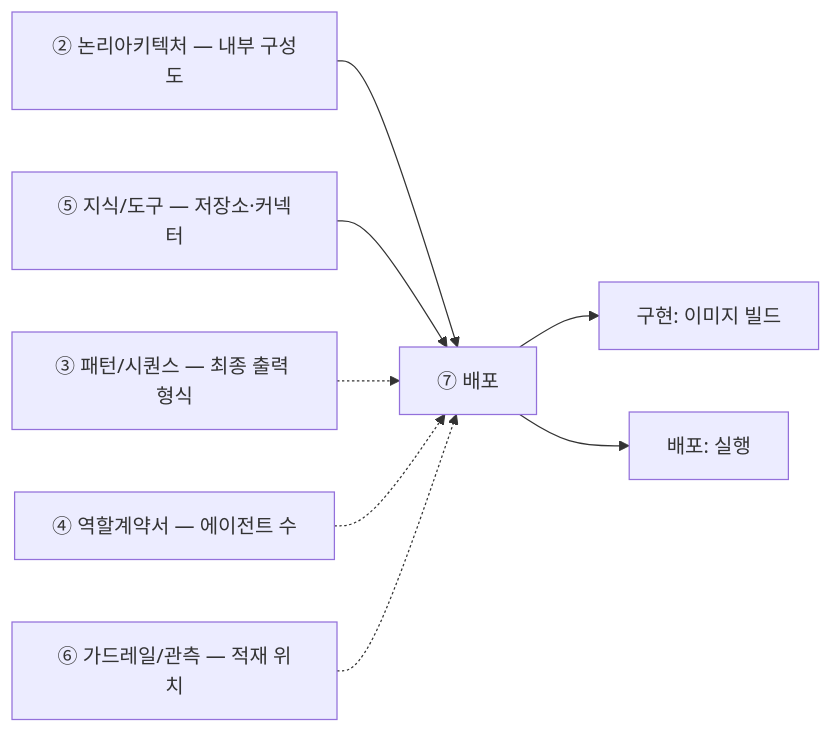
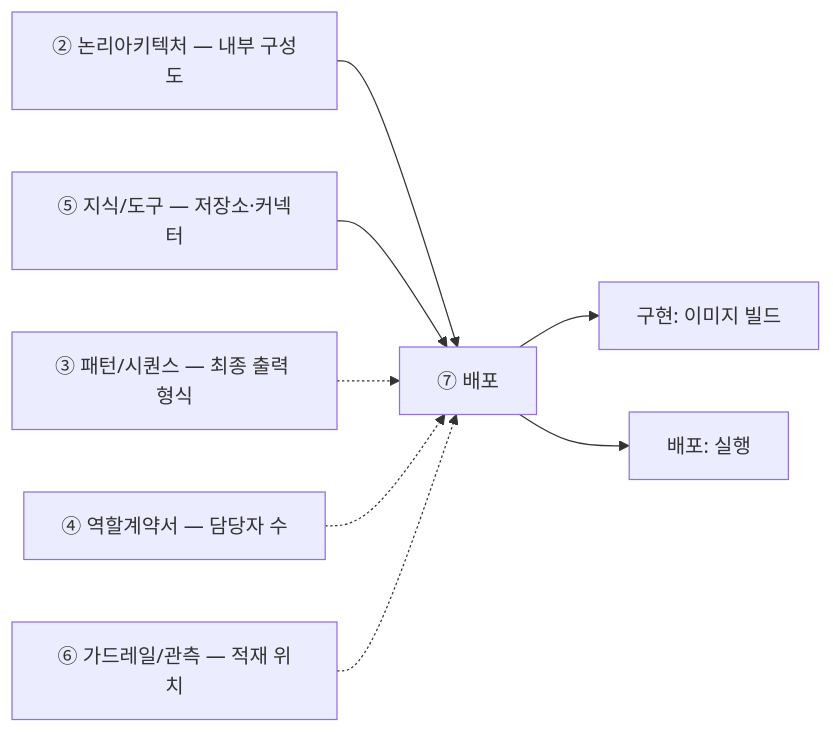
Before and after one commit to unicorn-campus/design-agentic-ai: the diagram in guides/07-배포설계-가이드.md, drawn with Mermaid. The commit also changed 11 other files, not shown here.

First line of the commit message:
가이드 용어 통일 — '에이전트' → '담당자', 판정 대상을 LLM 담당자로 한정

````diff
--- a/guides/07-배포설계-가이드.md
+++ b/guides/07-배포설계-가이드.md
@@ -20,10 +20,10 @@
 ```mermaid
 flowchart LR
   B["② 논리아키텍처 — 내부 구성도"] --> G["⑦ 배포"]
   E["⑤ 지식/도구 — 저장소·커넥터"] --> G
   D["③ 패턴/시퀀스 — 최종 출력 형식"] -.-> G
-  C["④ 역할계약서 — 에이전트 수"] -.-> G
+  C["④ 역할계약서 — 담당자 수"] -.-> G
   F["⑥ 가드레일/관측 — 적재 위치"] -.-> G
   G --> H["구현: 이미지 빌드"]
   G --> I["배포: 실행"]
 ```
````
